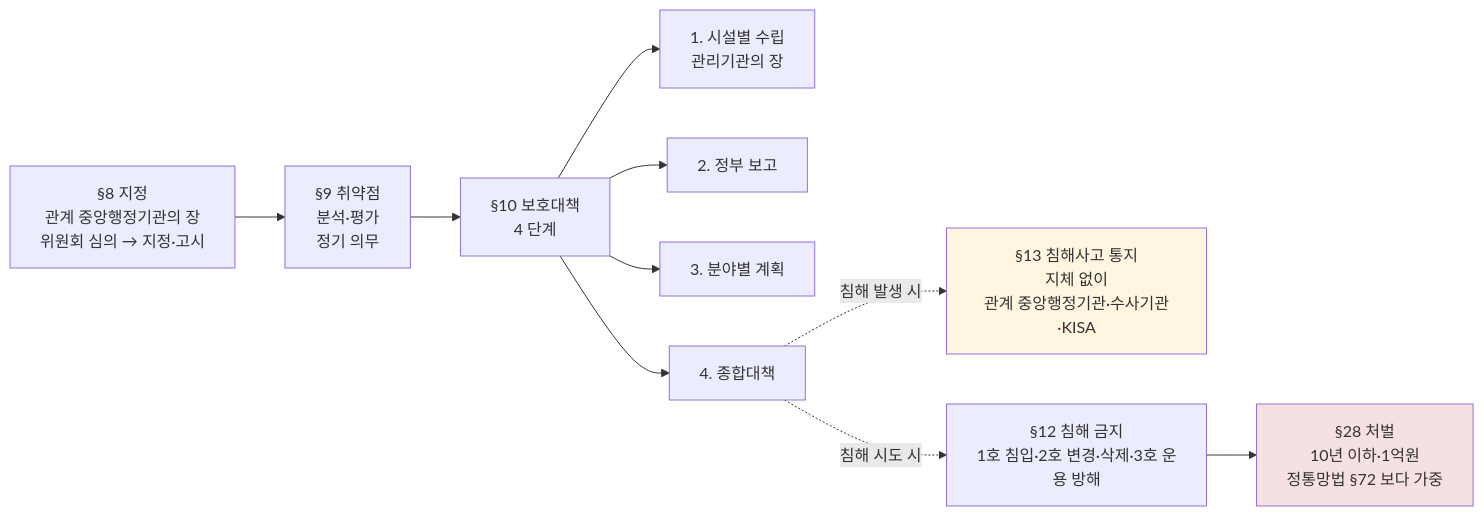
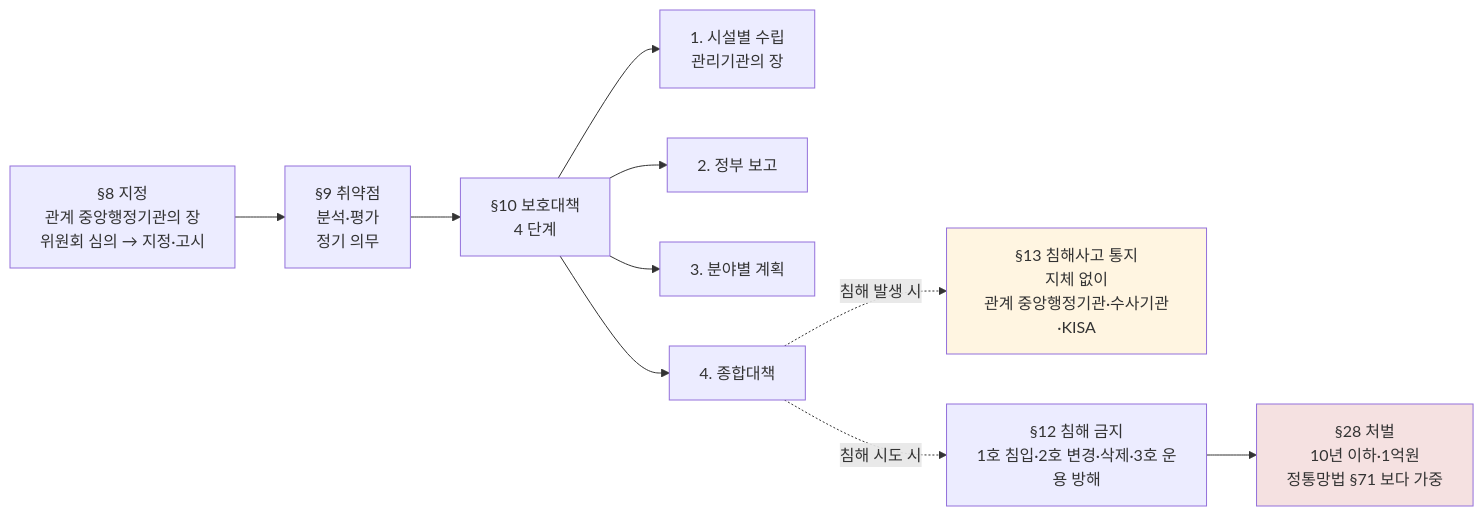
The third of 5 diagrams in cs/information-security/study/05.management-and-law/07.security-laws.md (ianrang/cs-study), drawn with Mermaid before and after one commit. The commit also changed other lines of this file and 1 other file, not shown here.

````diff
--- a/cs/information-security/study/05.management-and-law/07.security-laws.md
+++ b/cs/information-security/study/05.management-and-law/07.security-laws.md
@@ -587,19 +592,19 @@
 ```mermaid
 graph LR
   S8[§8 지정<br/>관계 중앙행정기관의 장<br/>위원회 심의 → 지정·고시] --> S9[§9 취약점<br/>분석·평가<br/>정기 의무]
   S9 --> S10[§10 보호대책<br/>4 단계]
 
   S10 --> S101[1. 시설별 수립<br/>관리기관의 장]
   S10 --> S102[2. 정부 보고]
   S10 --> S103[3. 분야별 계획]
   S10 --> S104[4. 종합대책]
 
   S104 -.침해 발생 시.-> S13[§13 침해사고 통지<br/>지체 없이<br/>관계 중앙행정기관·수사기관·KISA]
 
   S104 -.침해 시도 시.-> S12[§12 침해 금지<br/>1호 침입·2호 변경·삭제·3호 운용 방해]
 
-  S12 --> S28[§28 처벌<br/>10년 이하·1억원<br/>정통망법 §72 보다 가중]
+  S12 --> S28[§28 처벌<br/>10년 이하·1억원<br/>정통망법 §71 보다 가중]
 
   style S28 fill:#f5e1e1
   style S13 fill:#fff5e1
 ```
````
